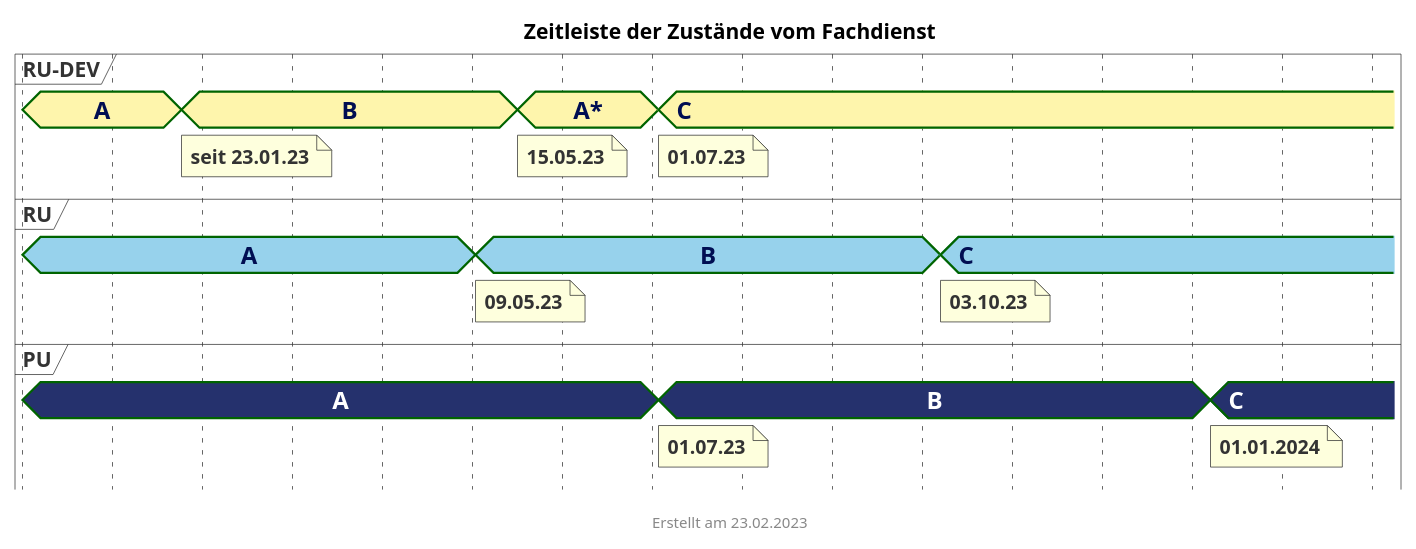
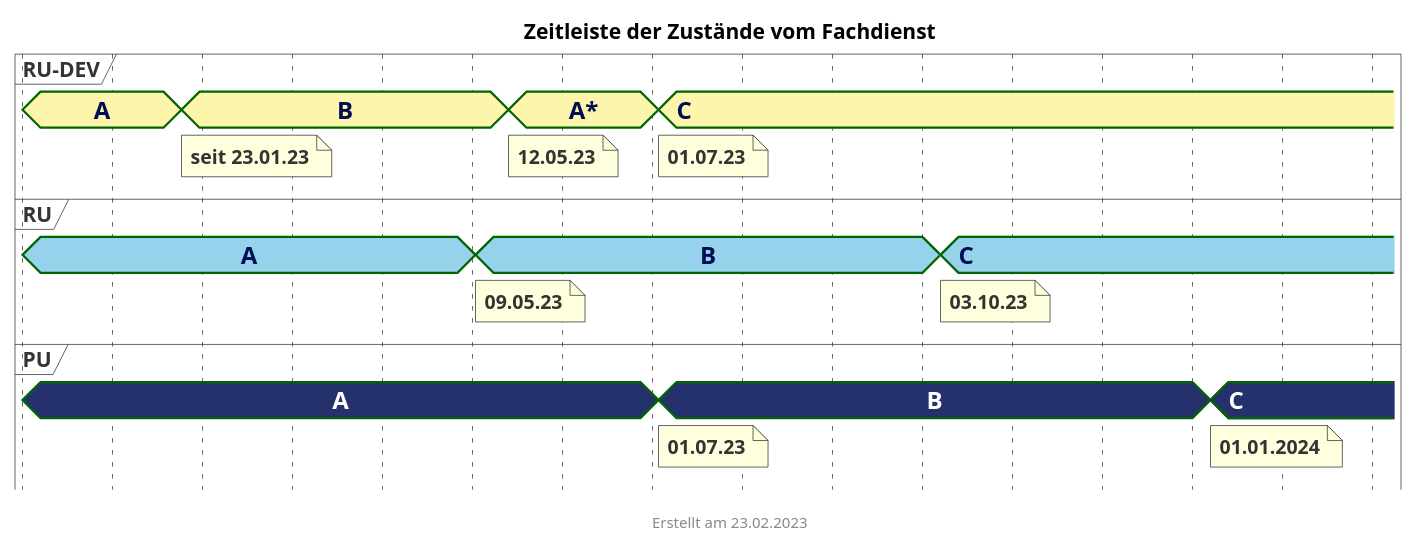
The diagram in puml/fd_zustaende_timeline.puml (gematik/api-erp), drawn with PlantUML before and after one commit. The commit also changed 1 other file, not shown here.

```diff
--- a/puml/fd_zustaende_timeline.puml
+++ b/puml/fd_zustaende_timeline.puml
@@ -1,75 +1,75 @@
 @startuml fhir_version_timeline
 <style>
 root {
     Margin 0 0 0 30
 }
 
 timingDiagram {
   .rudevcolor {
     FontColor #000e52
     Fontsize 16
     FontStyle bold
     Backgroundcolor #FEF5AC
   }
   .rucolor {
     FontColor #000e52
     Fontsize 16
     FontStyle bold
     Backgroundcolor #97D2EC
   }
   .pucolor {
     FontColor #ffffff
     Fontsize 16
     FontStyle bold
     BackgroundColor #25316D
   }
 }
 </style>
 title Zeitleiste der Zustände vom Fachdienst
 footer Erstellt am 23.02.2023
 
 concise "RU-DEV" as RUDEV <<rudevcolor>>
 concise "RU" as RU <<rucolor>>
 concise "PU" as PU <<pucolor>>
 
 
 '30 days is scaled to 50 pixels
 scale 2592000 as 60 pixels
 hide time-axis
 'manual time-axis
 'use date format "dd.MM.yyyy"
 
 @2022/12/01
 RUDEV is "A"
 RU is "A"
 PU is "A"
 
 @2023/01/23
 RUDEV is "B"
 note bottom of RUDEV : seit 23.01.23
 
 @2023/05/01
 RU is "B"
 note bottom of RU : 09.05.23
 
-@2023/05/15
+@2023/05/12
 RUDEV is "A*"
-note bottom of RUDEV : 15.05.23
+note bottom of RUDEV : 12.05.23
 
 @2023/07/01
 PU is "B"
 note bottom of PU : 01.07.23
 RUDEV is "C"
 note bottom of RUDEV : 01.07.23
 
 @2023/10/03
 RU is "C"
 note bottom of RU : 03.10.23
 
 
 @2024/01/01
 PU is "C"
 note bottom of PU : 01.01.2024
 
 @2024/02/01
 @enduml
```
